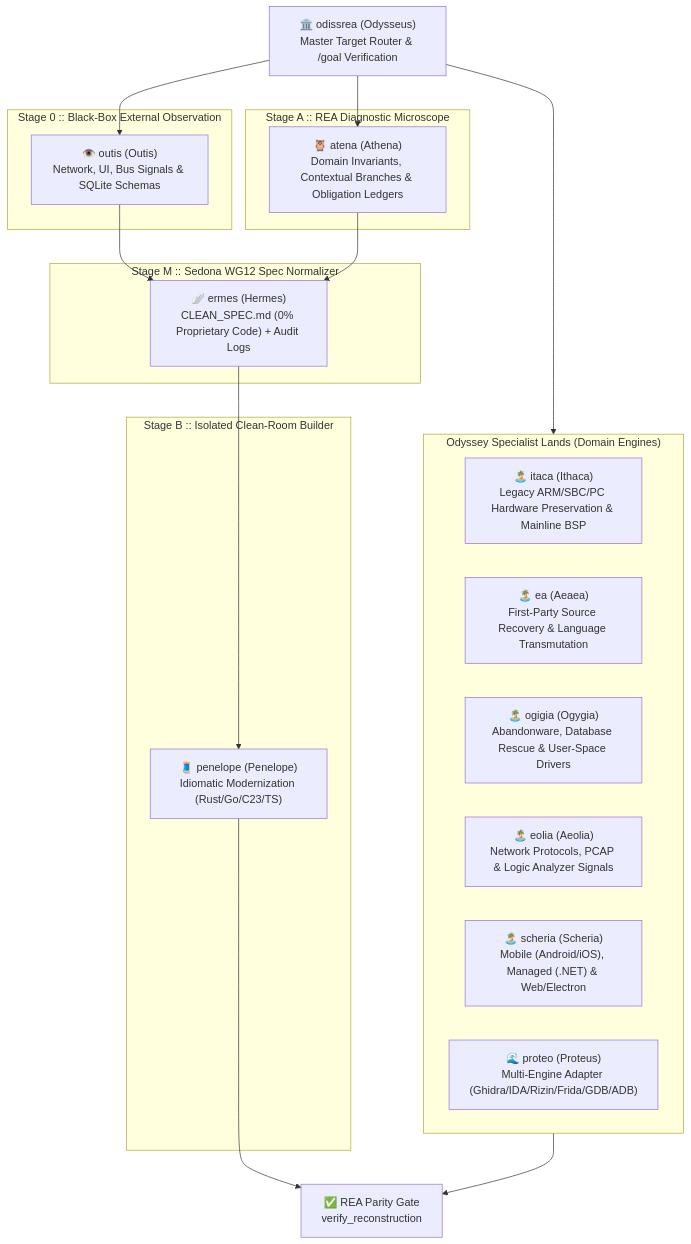
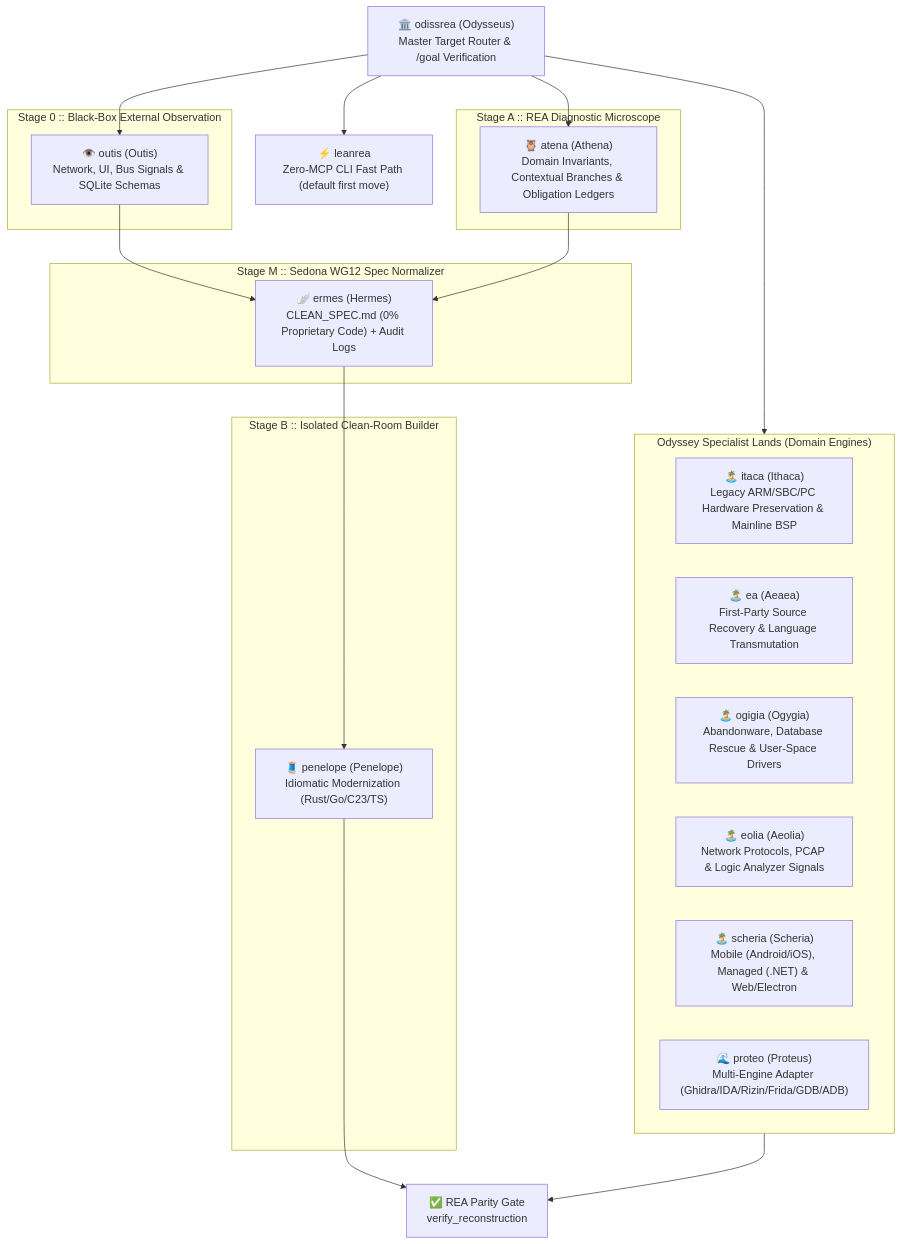
One commit to mich-de/OdissRea changed the first of 2 diagrams in README.md. Above: the diagram before and after it, drawn with Mermaid. The commit also changed other lines of this file and 3 other files, not shown here.

First line of the commit message:
feat(leanrea): add zero-MCP CLI fast path to the pantheon

````diff
--- a/README.md
+++ b/README.md
@@ -49,38 +49,40 @@
 ```mermaid
 flowchart TD
     Ulisse["🏛️ odissrea (Odysseus)\nMaster Target Router & /goal Verification"]
+    Lean["⚡ leanrea\nZero-MCP CLI Fast Path (default first move)"]
+    Ulisse --> Lean
     
     subgraph Stage0["Stage 0 :: Black-Box External Observation"]
         Outis["👁️ outis (Outis)\nNetwork, UI, Bus Signals & SQLite Schemas"]
     end
 
     subgraph StageA["Stage A :: REA Diagnostic Microscope"]
         Atena["🦉 atena (Athena)\nDomain Invariants, Contextual Branches & Obligation Ledgers"]
     end
 
     subgraph StageM["Stage M :: Sedona WG12 Spec Normalizer"]
         Ermes["🪽 ermes (Hermes)\nCLEAN_SPEC.md (0% Proprietary Code) + Audit Logs"]
     end
 
     subgraph StageB["Stage B :: Isolated Clean-Room Builder"]
         Penelope["🧵 penelope (Penelope)\nIdiomatic Modernization (Rust/Go/C23/TS)"]
     end
 
     subgraph SpecialistLands["Odyssey Specialist Lands (Domain Engines)"]
         Itaca["🏝️ itaca (Ithaca)\nLegacy ARM/SBC/PC Hardware Preservation & Mainline BSP"]
         Ea["🏝️ ea (Aeaea)\nFirst-Party Source Recovery & Language Transmutation"]
         Ogigia["🏝️ ogigia (Ogygia)\nAbandonware, Database Rescue & User-Space Drivers"]
         Eolia["🏝️ eolia (Aeolia)\nNetwork Protocols, PCAP & Logic Analyzer Signals"]
         Scheria["🏝️ scheria (Scheria)\nMobile (Android/iOS), Managed (.NET) & Web/Electron"]
         Proteo["🌊 proteo (Proteus)\nMulti-Engine Adapter (Ghidra/IDA/Rizin/Frida/GDB/ADB)"]
     end
 
     Ulisse --> Outis
     Ulisse --> Atena
     Ulisse --> SpecialistLands
     Outis --> Ermes
     Atena --> Ermes
     Ermes --> Penelope
     Penelope --> Verify["✅ REA Parity Gate\nverify_reconstruction"]
     SpecialistLands --> Verify
 ```
````
